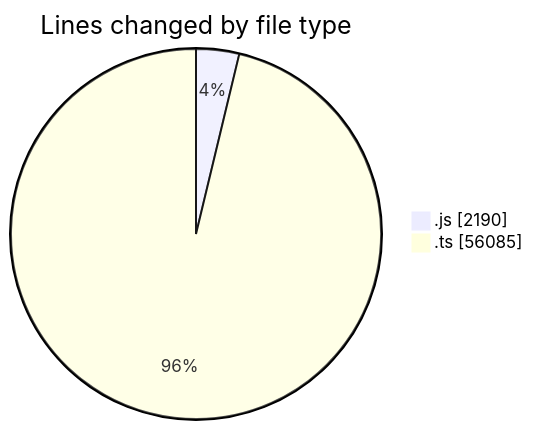
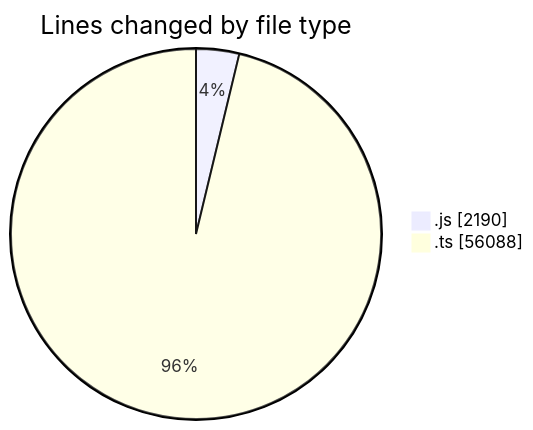
Before and after one commit to momahboobian/code-tracking: the first of 2 diagrams in 2025-06-19/cda/README.md, drawn with Mermaid. The commit also changed other lines of this file and 1 other file, not shown here.

````diff
--- a/2025-06-19/cda/README.md
+++ b/2025-06-19/cda/README.md
@@ -35,6 +35,6 @@
 ```mermaid
 pie showData
 title Lines changed by file type
 ".js" : 2190
-".ts" : 56085
+".ts" : 56088
 ```
````
